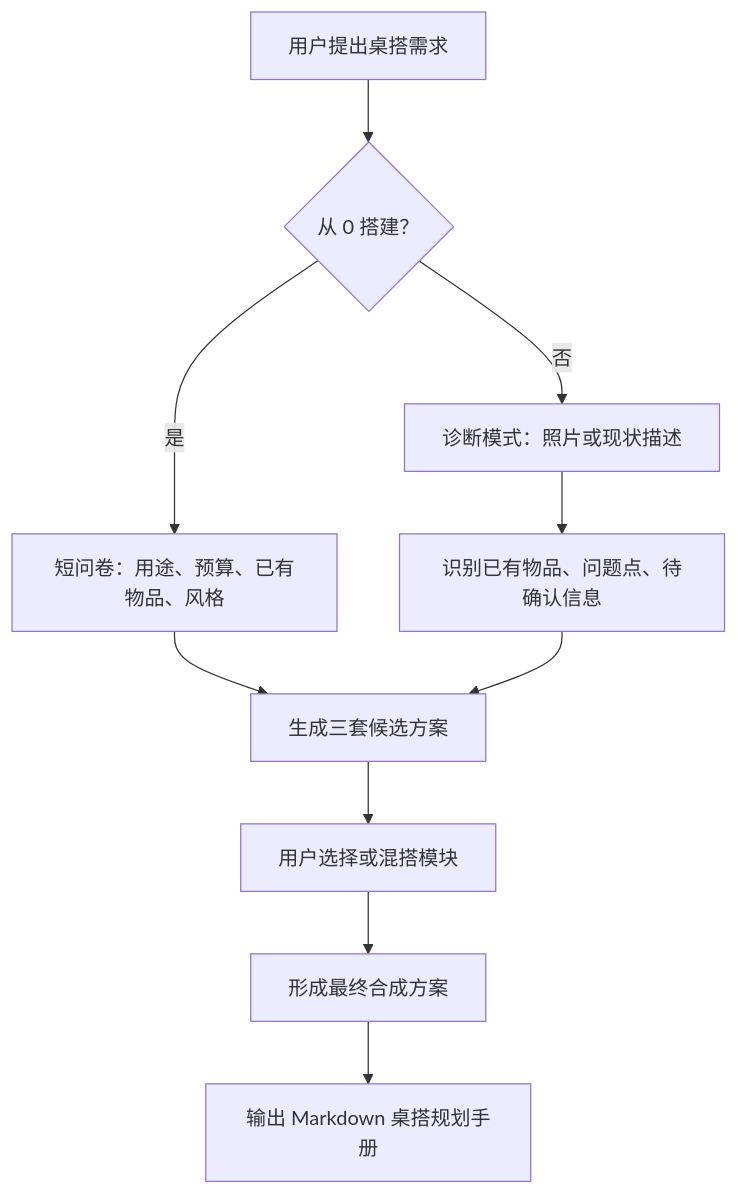
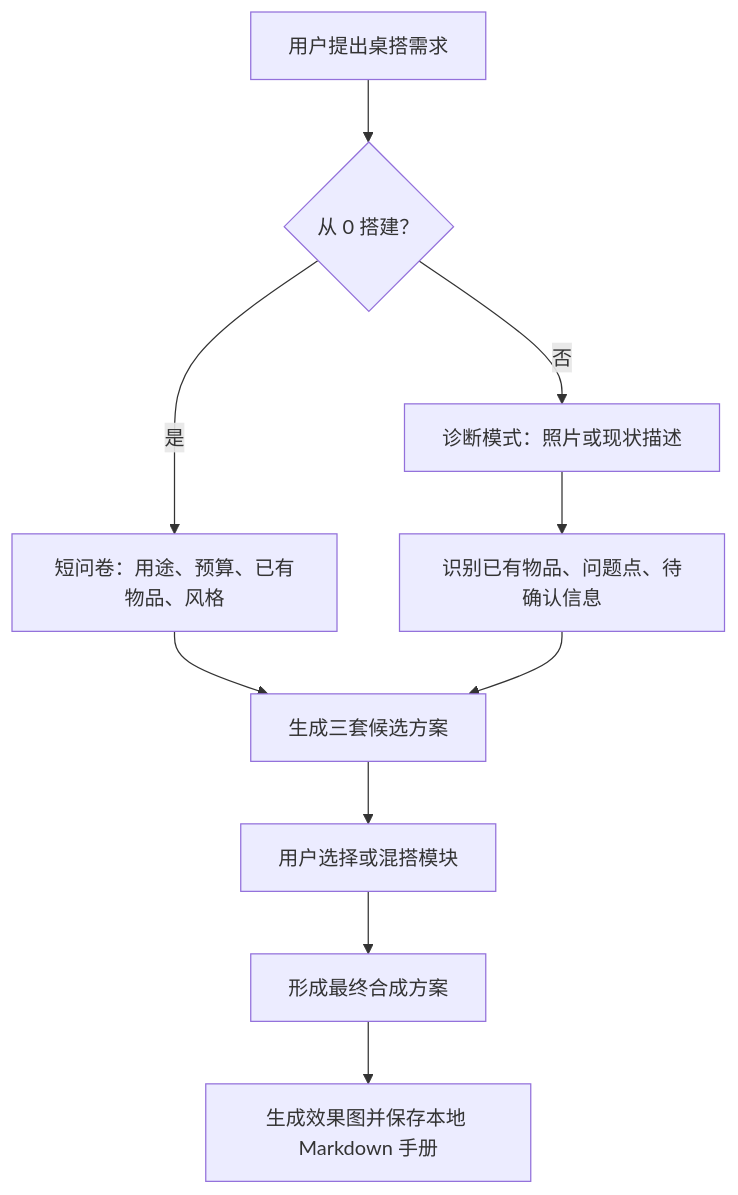
One commit to douzhenyu/Desk-setup-plannerSkill changed the diagram in README.md. Above: the diagram before and after it, drawn with Mermaid. The commit also changed other lines of this file and 2 other files, not shown here.

````diff
--- a/README.md
+++ b/README.md
@@ -25,12 +26,12 @@
 ```mermaid
 flowchart TD
     A["用户提出桌搭需求"] --> B{"从 0 搭建？"}
     B -->|是| C["短问卷：用途、预算、已有物品、风格"]
     B -->|否| D["诊断模式：照片或现状描述"]
     D --> E["识别已有物品、问题点、待确认信息"]
     C --> F["生成三套候选方案"]
     E --> F
     F --> G["用户选择或混搭模块"]
     G --> H["形成最终合成方案"]
-    H --> I["输出 Markdown 桌搭规划手册"]
+    H --> I["生成效果图并保存本地 Markdown 手册"]
 ```
````
